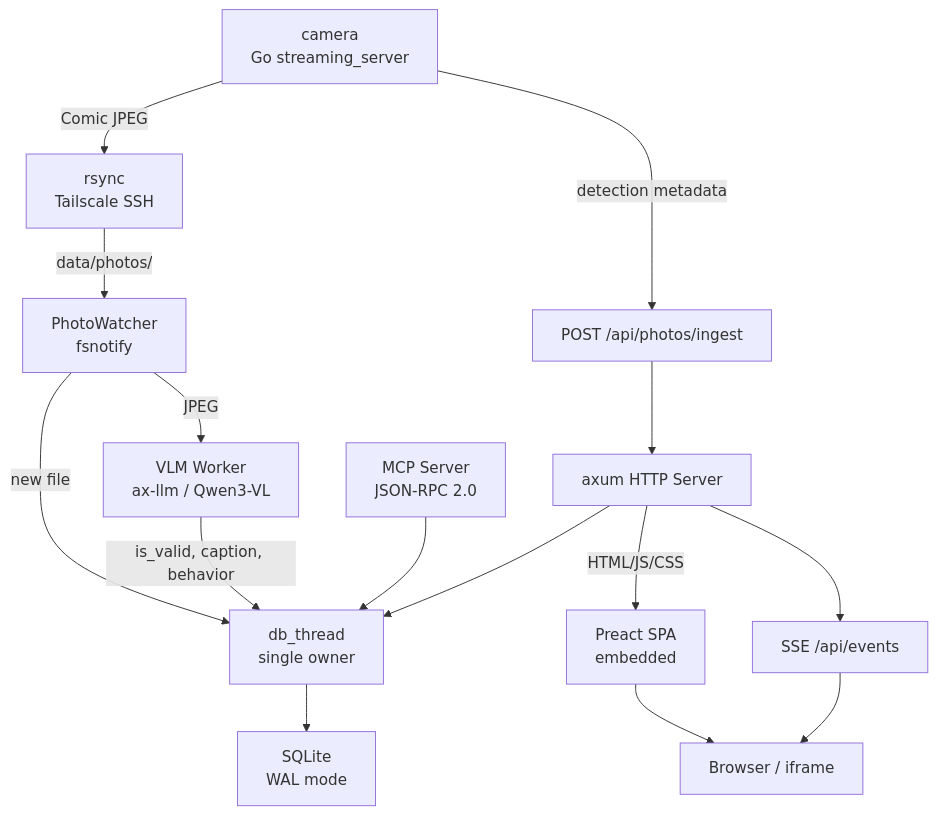
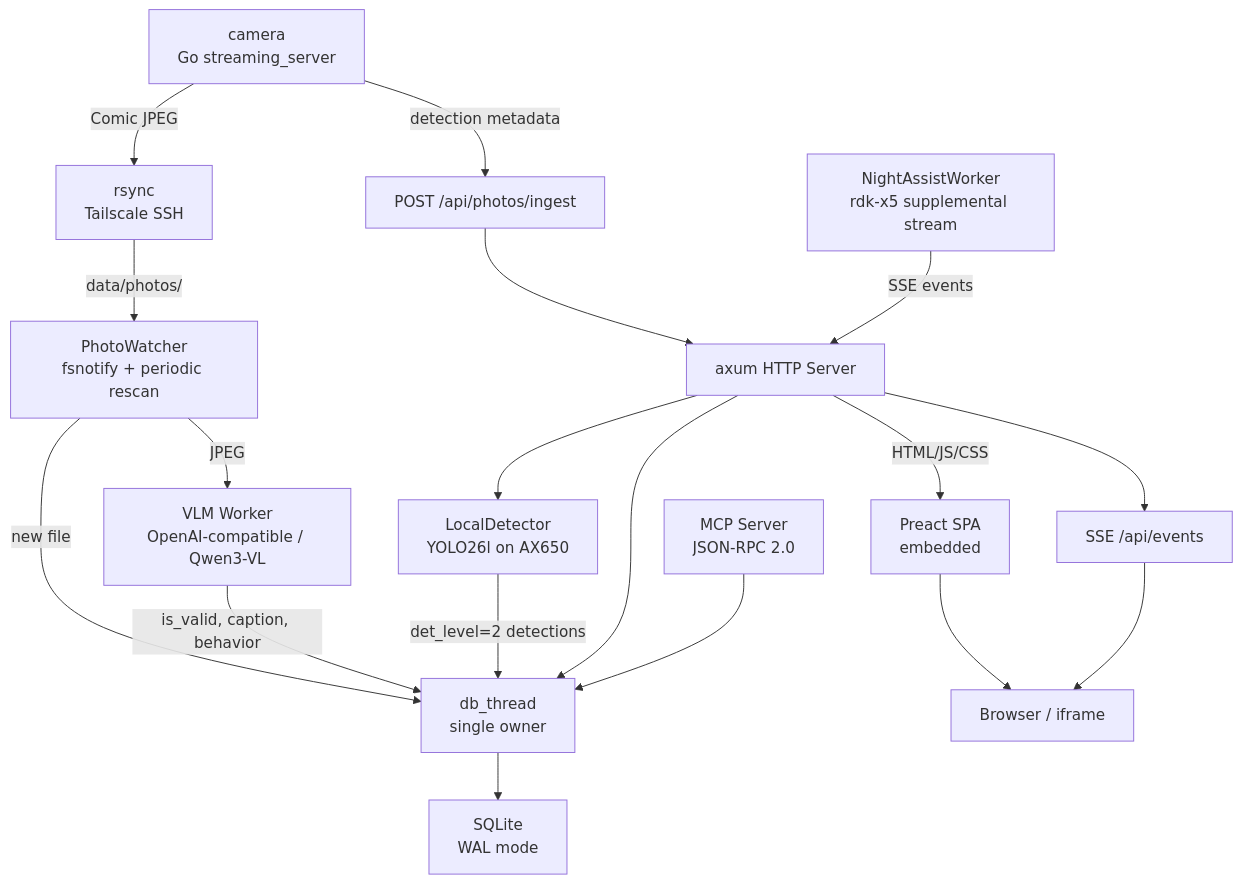
One commit to dj-oyu/rdk-x5_smart-pet-camera changed the first of 2 diagrams in src/ai-pyramid/docs/architecture.md. Above: the diagram before and after it, drawn with Mermaid. The commit also changed other lines of this file and 7 other files, not shown here.

````diff
--- a/src/ai-pyramid/docs/architecture.md
+++ b/src/ai-pyramid/docs/architecture.md
@@ -5,30 +5,35 @@
 ```mermaid
 graph TD
     RDK["camera<br/>Go streaming_server"]
     RSYNC["rsync<br/>Tailscale SSH"]
     INGEST_API["POST /api/photos/ingest"]
-    WATCHER["PhotoWatcher<br/>fsnotify"]
-    VLM["VLM Worker<br/>ax-llm / Qwen3-VL"]
+    WATCHER["PhotoWatcher<br/>fsnotify + periodic rescan"]
+    VLM["VLM Worker<br/>OpenAI-compatible / Qwen3-VL"]
+    LOCALDET["LocalDetector<br/>YOLO26l on AX650"]
+    NIGHT["NightAssistWorker<br/>rdk-x5 supplemental stream"]
     DB_THREAD["db_thread<br/>single owner"]
     SQLITE["SQLite<br/>WAL mode"]
     SERVER["axum HTTP Server"]
     MCP["MCP Server<br/>JSON-RPC 2.0"]
     UI["Preact SPA<br/>embedded"]
     SSE["SSE /api/events"]
     BROWSER["Browser / iframe"]
 
     RDK -->|Comic JPEG| RSYNC
     RSYNC -->|data/photos/| WATCHER
     RDK -->|detection metadata| INGEST_API
     INGEST_API --> SERVER
     WATCHER -->|new file| DB_THREAD
     WATCHER -->|JPEG| VLM
     VLM -->|is_valid, caption, behavior| DB_THREAD
+    SERVER --> LOCALDET
+    LOCALDET -->|det_level=2 detections| DB_THREAD
+    NIGHT -->|SSE events| SERVER
     DB_THREAD --> SQLITE
     SERVER --> DB_THREAD
     MCP --> DB_THREAD
     SERVER -->|HTML/JS/CSS| UI
     SERVER --> SSE
     UI --> BROWSER
     SSE --> BROWSER
 ```
````
